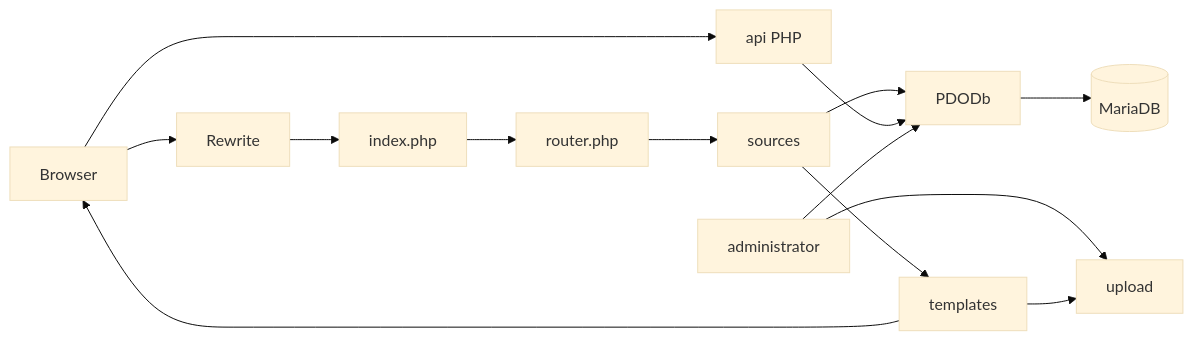
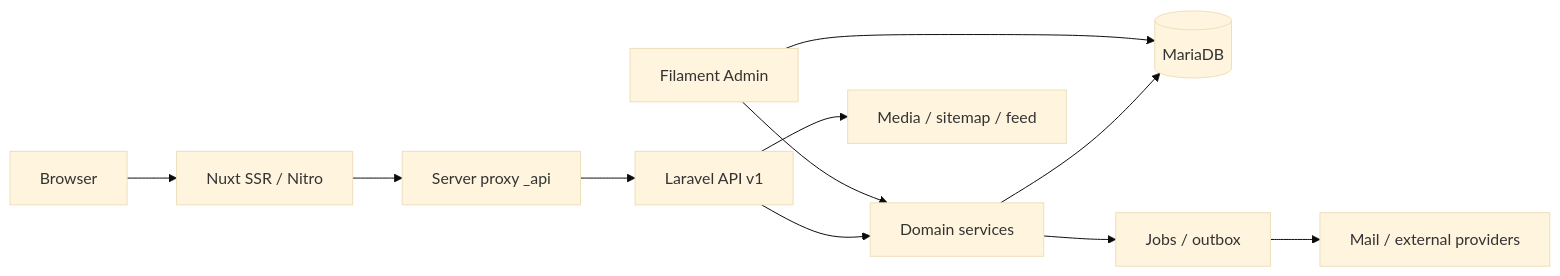
The diagram in docs/01-architecture/overview.md (phucthinhsolardeveloper-glitch/PhucThinh_Solar_Website), drawn with Mermaid (base theme) before and after one commit. The commit also changed other lines of this file and 33 other files, not shown here.

````diff
--- a/docs/01-architecture/overview.md
+++ b/docs/01-architecture/overview.md
@@ -5,10 +5,13 @@
 ```mermaid
 flowchart LR
- B[Browser]-->W[Rewrite]-->I[index.php]-->R[router.php]-->S[sources]
- S-->D[PDODb]-->M[(MariaDB)]
- S-->T[templates]-->B
- B-->A[api PHP]-->D
- C[administrator]-->D
- C-->U[upload]
- T-->U
+ B[Browser] --> N[Nuxt SSR / Nitro]
+ N --> P[Server proxy _api]
+ P --> A[Laravel API v1]
+ A --> D[Domain services]
+ D --> M[(MariaDB)]
+ F[Filament Admin] --> D
+ F --> M
+ A --> S[Media / sitemap / feed]
+ D --> Q[Jobs / outbox]
+ Q --> X[Mail / external providers]
 ```
````
